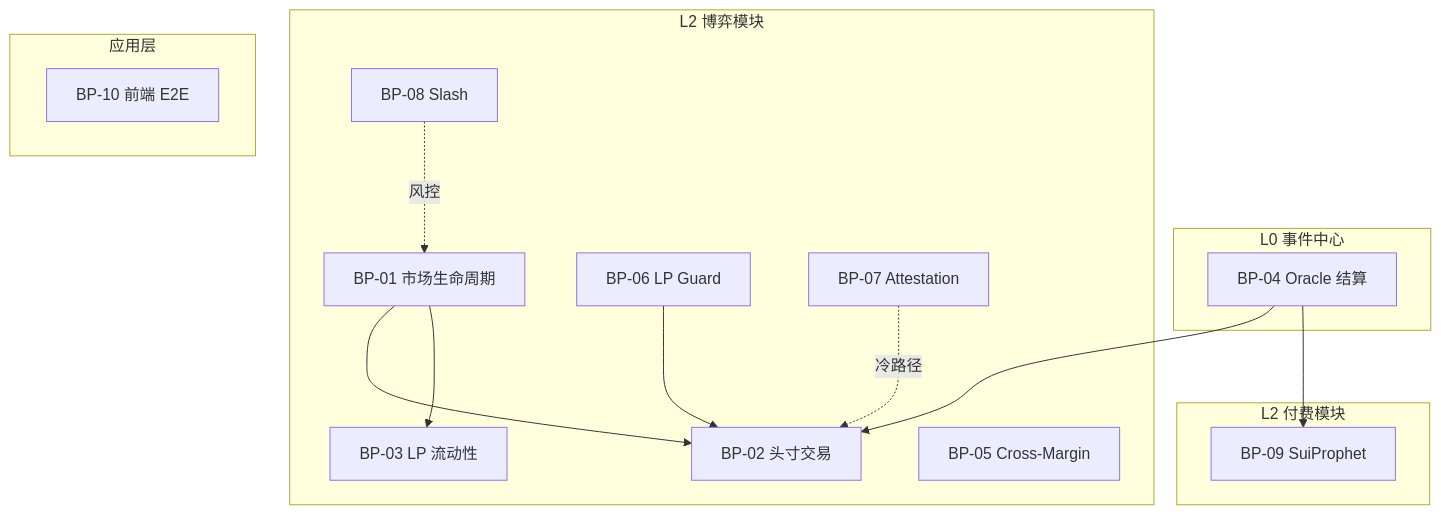
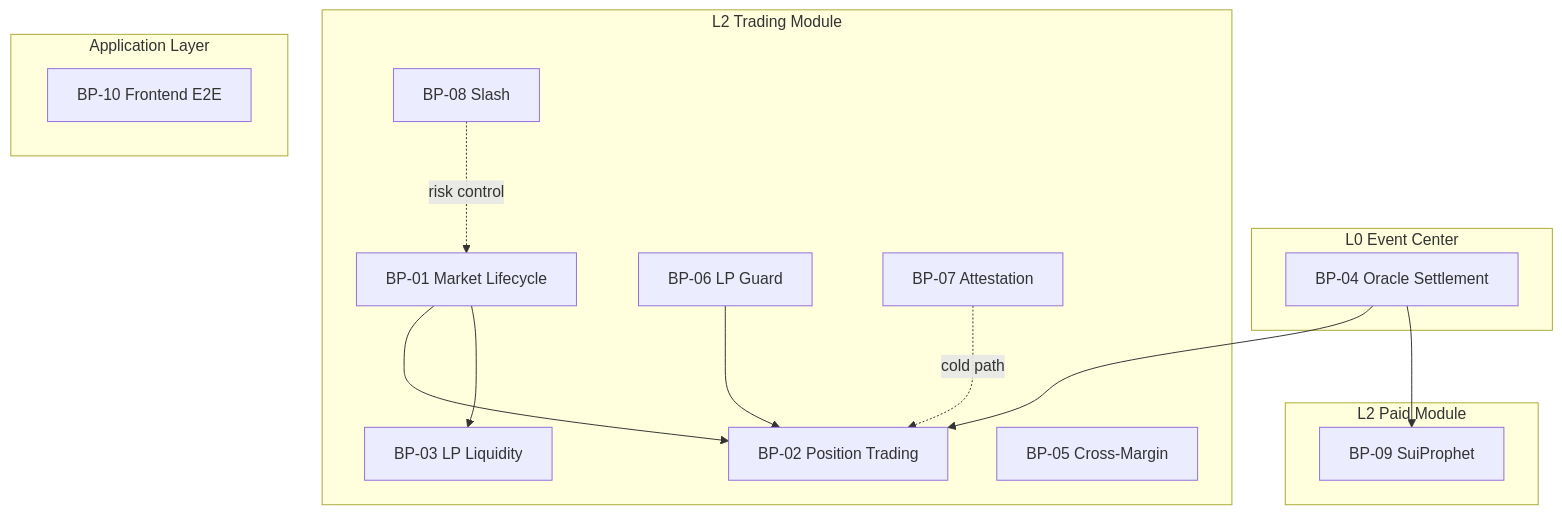
One commit to bamaao/x-market changed the first of 3 diagrams in docs/test-cases.md. Above: the diagram before and after it, drawn with Mermaid. The commit also changed other lines of this file and 93 other files, not shown here.

````diff
--- a/docs/test-cases.md
+++ b/docs/test-cases.md
@@ -54,28 +56,28 @@
 ```mermaid
 flowchart TB
-    subgraph L0["L0 事件中心"]
-        BP04[BP-04 Oracle 结算]
+    subgraph L0["L0 Event Center"]
+        BP04[BP-04 Oracle Settlement]
     end
-    subgraph L2["L2 博弈模块"]
-        BP01[BP-01 市场生命周期]
-        BP02[BP-02 头寸交易]
-        BP03[BP-03 LP 流动性]
+    subgraph L2["L2 Trading Module"]
+        BP01[BP-01 Market Lifecycle]
+        BP02[BP-02 Position Trading]
+        BP03[BP-03 LP Liquidity]
         BP05[BP-05 Cross-Margin]
         BP06[BP-06 LP Guard]
         BP07[BP-07 Attestation]
         BP08[BP-08 Slash]
     end
-    subgraph L2P["L2 付费模块"]
+    subgraph L2P["L2 Paid Module"]
         BP09[BP-09 SuiProphet]
     end
-    subgraph App["应用层"]
-        BP10[BP-10 前端 E2E]
+    subgraph App["Application Layer"]
+        BP10[BP-10 Frontend E2E]
     end
     BP01 --> BP02
     BP01 --> BP03
     BP04 --> BP02
     BP04 --> BP09
     BP06 --> BP02
-    BP07 -.->|冷路径| BP02
-    BP08 -.->|风控| BP01
+    BP07 -.->|cold path| BP02
+    BP08 -.->|risk control| BP01
 ```
````
